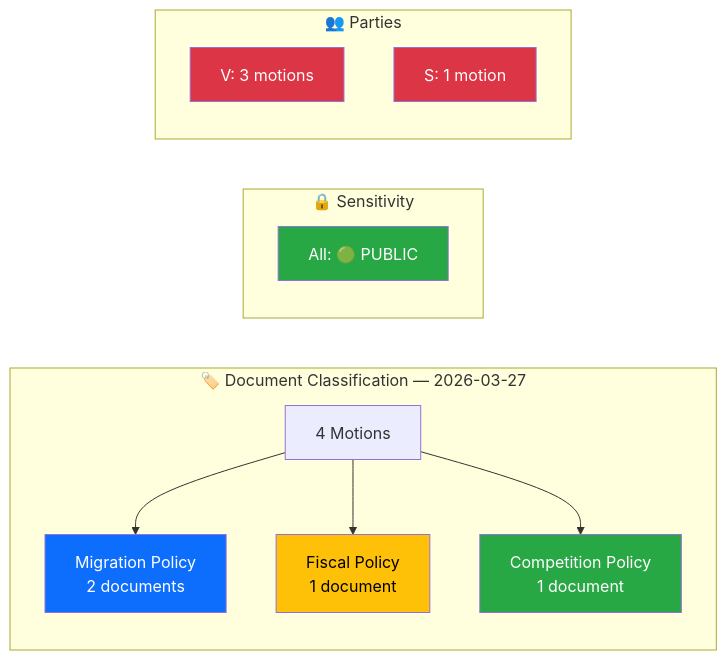
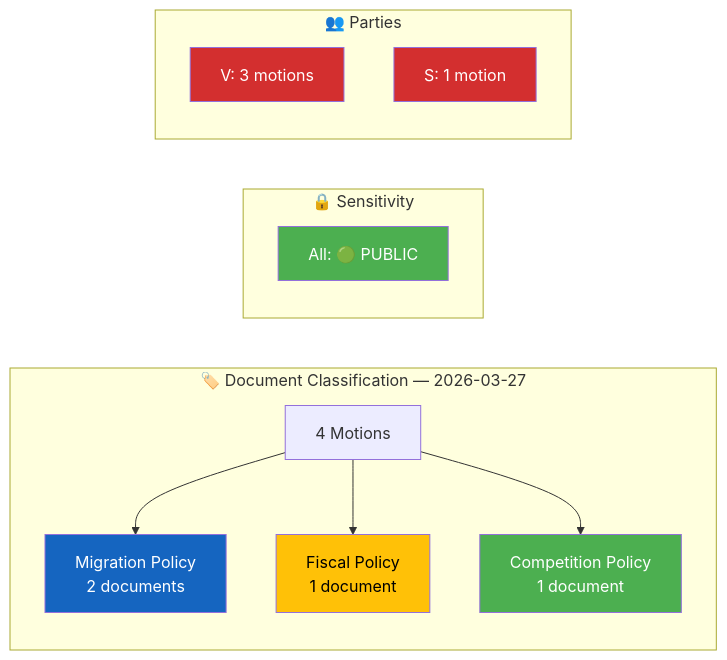
One commit to Hack23/riksdagsmonitor changed the diagram in analysis/daily/2026-03-27/motions/classification-results.md. Above: the diagram before and after it, drawn with Mermaid. The commit also changed 785 other files, not shown here.

First line of the commit message:
Normalize mermaid colors across 786 analysis artifacts to ISMS Style Guide palette

````diff
--- a/analysis/daily/2026-03-27/motions/classification-results.md
+++ b/analysis/daily/2026-03-27/motions/classification-results.md
@@ -17,25 +17,25 @@
 ```mermaid
 graph LR
     subgraph "🏷️ Document Classification — 2026-03-27"
         direction TB
         A["4 Motions"] --> B["Migration Policy<br/>2 documents"]
         A --> C["Fiscal Policy<br/>1 document"]
         A --> D["Competition Policy<br/>1 document"]
     end
 
     subgraph "🔒 Sensitivity"
         E["All: 🟢 PUBLIC"]
     end
 
     subgraph "👥 Parties"
         F["V: 3 motions"]
         G["S: 1 motion"]
     end
 
-    style B fill:#0d6efd,color:#fff
-    style C fill:#ffc107,color:#000
-    style D fill:#28a745,color:#fff
-    style E fill:#28a745,color:#fff
-    style F fill:#dc3545,color:#fff
-    style G fill:#dc3545,color:#fff
+    style B fill:#1565C0,color:#FFFFFF
+    style C fill:#FFC107,color:#000000
+    style D fill:#4CAF50,color:#FFFFFF
+    style E fill:#4CAF50,color:#FFFFFF
+    style F fill:#D32F2F,color:#FFFFFF
+    style G fill:#D32F2F,color:#FFFFFF
 ```
````
